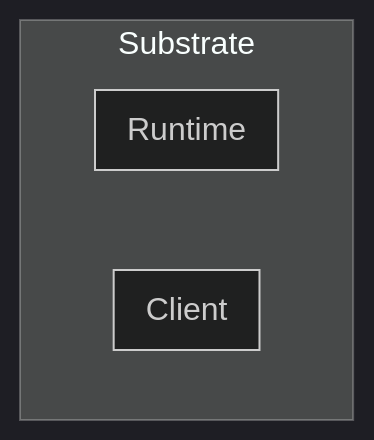
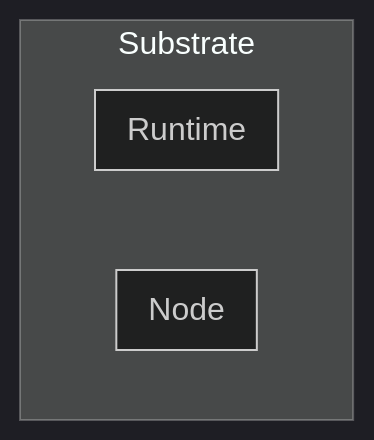
The diagram in docs/mermaid/substrate_simple.mmd (paritytech/polkadot-sdk), drawn with Mermaid (dark theme) before and after one commit. The commit also changed 30 other files, not shown here.

```diff
--- a/docs/mermaid/substrate_simple.mmd
+++ b/docs/mermaid/substrate_simple.mmd
@@ -1,8 +1,8 @@
 graph TB
 subgraph Substrate
 	direction LR
-	subgraph Client
+	subgraph Node
 	end
 	subgraph Runtime
 	end
 end
```
